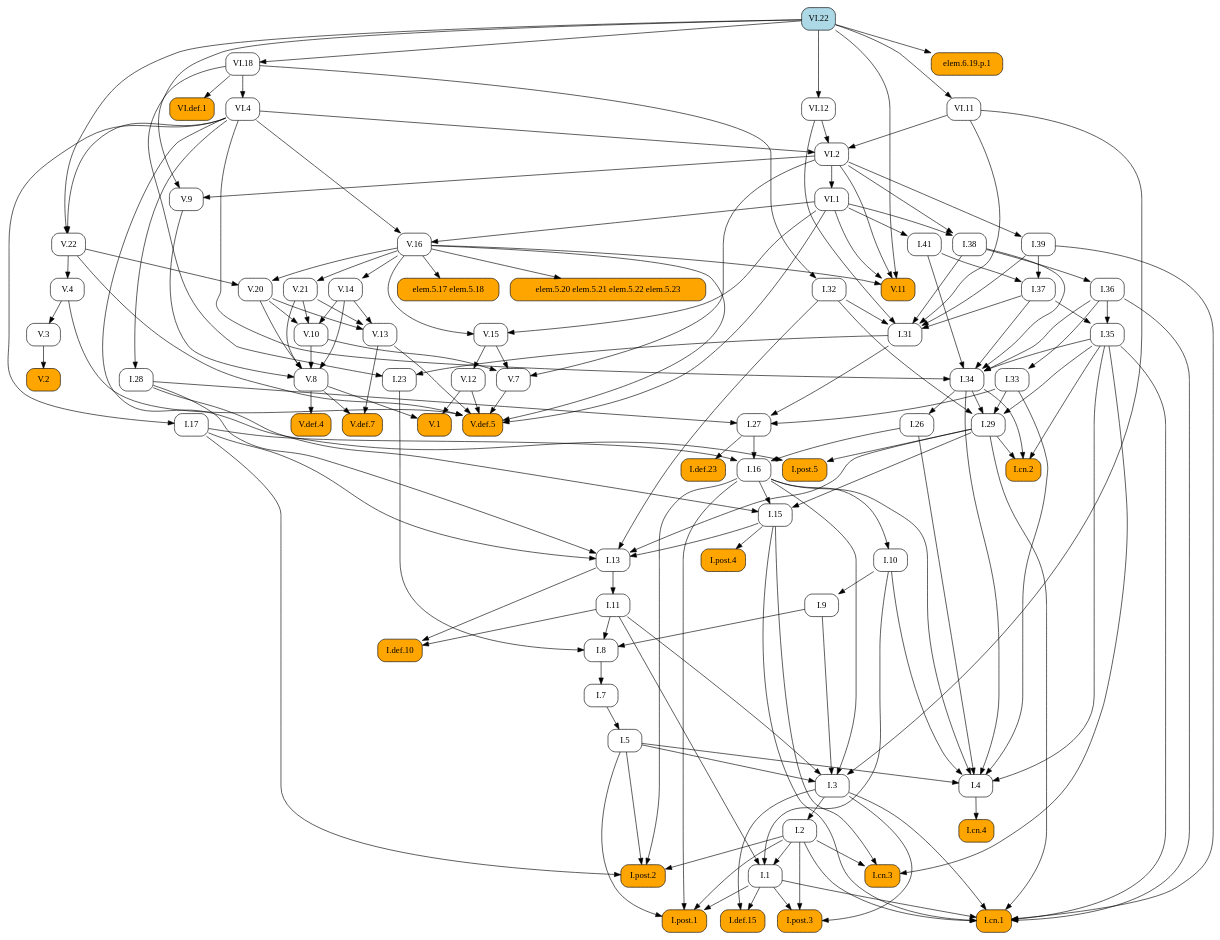
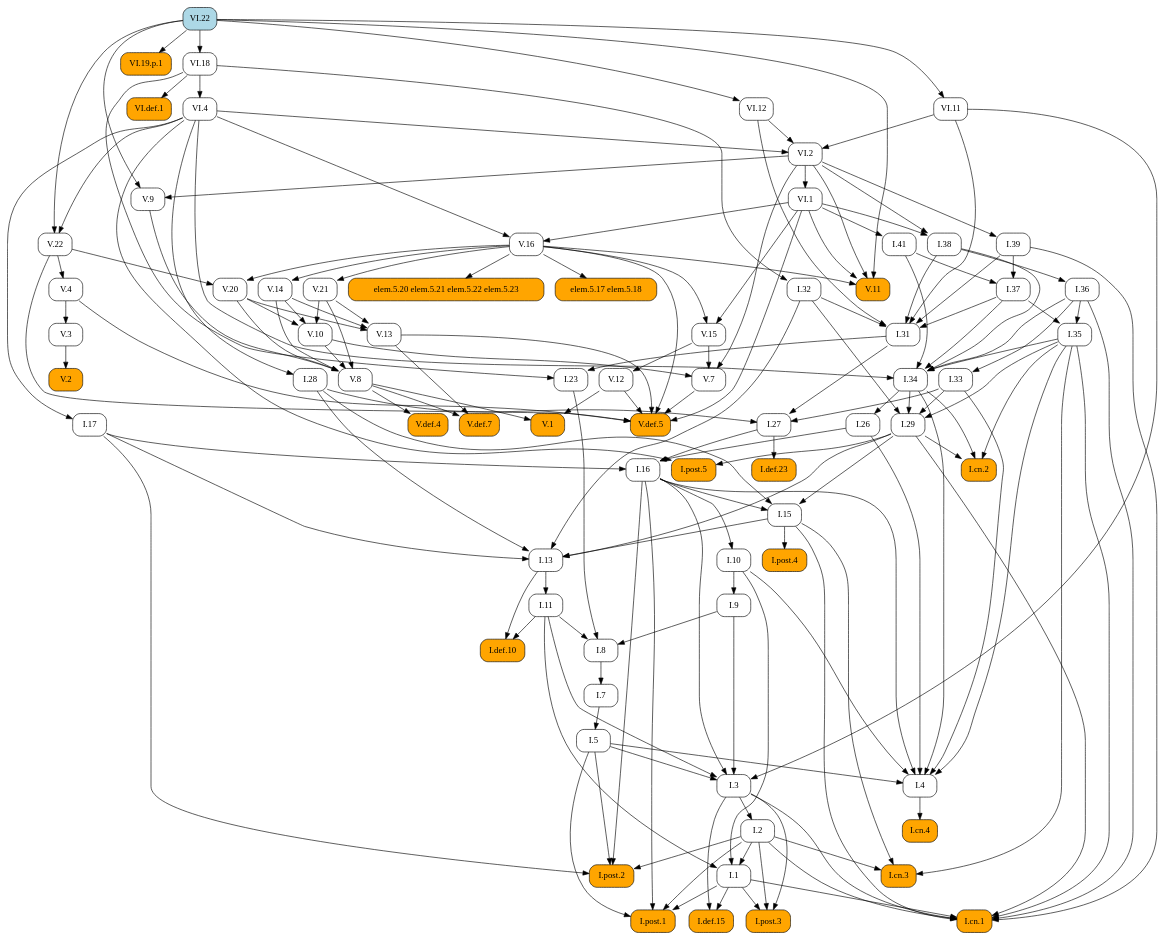
Before and after one commit to geometor/elements: the diagram in docsrc/heath/VI/22/index.rst, drawn with Graphviz. The commit also changed other lines of this file and 484 other files, not shown here.

```diff
--- a/docsrc/heath/VI/22/index.rst
+++ b/docsrc/heath/VI/22/index.rst
@@ -92,87 +92,179 @@
    digraph {
      rankdir="TB";
      node [shape=box, style=rounded];
+     "I.23" [URL="/heath/I/23/", target="_top"];
+     "I.9" [URL="/heath/I/9/", target="_top"];
+     "VI.def.1" [style="rounded,filled", fillcolor=orange, URL="/heath/VI/def.1/", target="_top"];
+     "V.13" [URL="/heath/V/13/", target="_top"];
+     "I.def.15" [style="rounded,filled", fillcolor=orange, URL="/heath/I/def.15/", target="_top"];
+     "V.7" [URL="/heath/V/7/", target="_top"];
+     "elem.5.17 elem.5.18" [style="rounded,filled", fillcolor=orange];
+     "I.post.1" [style="rounded,filled", fillcolor=orange, URL="/heath/I/post.1/", target="_top"];
+     "V.14" [URL="/heath/V/14/", target="_top"];
+     "V.9" [URL="/heath/V/9/", target="_top"];
+     "I.31" [URL="/heath/I/31/", target="_top"];
+     "V.10" [URL="/heath/V/10/", target="_top"];
      "I.def.10" [style="rounded,filled", fillcolor=orange, URL="/heath/I/def.10/", target="_top"];
+     "V.4" [URL="/heath/V/4/", target="_top"];
+     "VI.1" [URL="/heath/VI/1/", target="_top"];
+     "I.39" [URL="/heath/I/39/", target="_top"];
+     "V.11" [style="rounded,filled", fillcolor=orange, URL="/heath/V/11/", target="_top"];
+     "I.34" [URL="/heath/I/34/", target="_top"];
+     "I.3" [URL="/heath/I/3/", target="_top"];
+     "V.def.4" [style="rounded,filled", fillcolor=orange, URL="/heath/V/def.4/", target="_top"];
+     "V.def.7" [style="rounded,filled", fillcolor=orange, URL="/heath/V/def.7/", target="_top"];
+     "I.2" [URL="/heath/I/2/", target="_top"];
+     "V.21" [URL="/heath/V/21/", target="_top"];
+     "V.3" [URL="/heath/V/3/", target="_top"];
+     "I.13" [URL="/heath/I/13/", target="_top"];
+     "I.post.4" [style="rounded,filled", fillcolor=orange, URL="/heath/I/post.4/", target="_top"];
+     "I.4" [URL="/heath/I/4/", target="_top"];
+     "I.1" [URL="/heath/I/1/", target="_top"];
+     "I.8" [URL="/heath/I/8/", target="_top"];
+     "I.17" [URL="/heath/I/17/", target="_top"];
+     "VI.22" [style="rounded,filled", fillcolor=lightblue, URL="/heath/VI/22/", target="_top"];
+     "I.29" [URL="/heath/I/29/", target="_top"];
+     "V.8" [URL="/heath/V/8/", target="_top"];
+     "I.38" [URL="/heath/I/38/", target="_top"];
+     "I.15" [URL="/heath/I/15/", target="_top"];
+     "I.10" [URL="/heath/I/10/", target="_top"];
      "I.11" [URL="/heath/I/11/", target="_top"];
-     "I.post.4" [style="rounded,filled", fillcolor=orange, URL="/heath/I/post.4/", target="_top"];
-     "I.28" [URL="/heath/I/28/", target="_top"];
-     "I.1" [URL="/heath/I/1/", target="_top"];
-     "VI.18" [URL="/heath/VI/18/", target="_top"];
+     "I.def.23" [style="rounded,filled", fillcolor=orange, URL="/heath/I/def.23/", target="_top"];
+     "VI.4" [URL="/heath/VI/4/", target="_top"];
+     "I.26" [URL="/heath/I/26/", target="_top"];
+     "V.16" [URL="/heath/V/16/", target="_top"];
+     "I.33" [URL="/heath/I/33/", target="_top"];
+     "I.32" [URL="/heath/I/32/", target="_top"];
+     "I.post.3" [style="rounded,filled", fillcolor=orange, URL="/heath/I/post.3/", target="_top"];
      "V.def.5" [style="rounded,filled", fillcolor=orange, URL="/heath/V/def.5/", target="_top"];
-     "V.13" [URL="/heath/V/13/", target="_top"];
-     "V.11" [style="rounded,filled", fillcolor=orange, URL="/heath/V/11/", target="_top"];
-     "I.post.3" [style="rounded,filled", fillcolor=orange, URL="/heath/I/post.3/", target="_top"];
-     "VI.1" [URL="/heath/VI/1/", target="_top"];
-     "I.cn.3" [style="rounded,filled", fillcolor=orange, URL="/heath/I/cn.3/", target="_top"];
-     "V.16" [URL="/heath/V/16/", target="_top"];
-     "VI.11" [URL="/heath/VI/11/", target="_top"];
-     "VI.4" [URL="/heath/VI/4/", target="_top"];
-     "V.3" [URL="/heath/V/3/", target="_top"];
-     "V.8" [URL="/heath/V/8/", target="_top"];
+     "V.20" [URL="/heath/V/20/", target="_top"];
      "I.27" [URL="/heath/I/27/", target="_top"];
-     "I.36" [URL="/heath/I/36/", target="_top"];
-     "I.41" [URL="/heath/I/41/", target="_top"];
-     "I.37" [URL="/heath/I/37/", target="_top"];
-     "I.34" [URL="/heath/I/34/", target="_top"];
-     "I.2" [URL="/heath/I/2/", target="_top"];
-     "I.def.23" [style="rounded,filled", fillcolor=orange, URL="/heath/I/def.23/", target="_top"];
-     "I.17" [URL="/heath/I/17/", target="_top"];
-     "I.33" [URL="/heath/I/33/", target="_top"];
-     "I.post.2" [style="rounded,filled", fillcolor=orange, URL="/heath/I/post.2/", target="_top"];
-     "VI.def.1" [style="rounded,filled", fillcolor=orange, URL="/heath/VI/def.1/", target="_top"];
-     "elem.5.20 elem.5.21 elem.5.22 elem.5.23" [style="rounded,filled", fillcolor=orange];
-     "I.9" [URL="/heath/I/9/", target="_top"];
-     "VI.22" [style="rounded,filled", fillcolor=lightblue, URL="/heath/VI/22/", target="_top"];
-     "I.32" [URL="/heath/I/32/", target="_top"];
-     "V.def.4" [style="rounded,filled", fillcolor=orange, URL="/heath/V/def.4/", target="_top"];
-     "I.cn.4" [style="rounded,filled", fillcolor=orange, URL="/heath/I/cn.4/", target="_top"];
-     "I.15" [URL="/heath/I/15/", target="_top"];
-     "I.38" [URL="/heath/I/38/", target="_top"];
-     "V.def.7" [style="rounded,filled", fillcolor=orange, URL="/heath/V/def.7/", target="_top"];
-     "I.5" [URL="/heath/I/5/", target="_top"];
-     "V.21" [URL="/heath/V/21/", target="_top"];
-     "I.39" [URL="/heath/I/39/", target="_top"];
-     "VI.12" [URL="/heath/VI/12/", target="_top"];
-     "I.26" [URL="/heath/I/26/", target="_top"];
-     "V.14" [URL="/heath/V/14/", target="_top"];
-     "I.29" [URL="/heath/I/29/", target="_top"];
-     "V.22" [URL="/heath/V/22/", target="_top"];
      "V.12" [URL="/heath/V/12/", target="_top"];
-     "I.cn.2" [style="rounded,filled", fillcolor=orange, URL="/heath/I/cn.2/", target="_top"];
-     "V.10" [URL="/heath/V/10/", target="_top"];
-     "V.20" [URL="/heath/V/20/", target="_top"];
-     "VI.2" [URL="/heath/VI/2/", target="_top"];
-     "I.def.15" [style="rounded,filled", fillcolor=orange, URL="/heath/I/def.15/", target="_top"];
-     "V.15" [URL="/heath/V/15/", target="_top"];
+     "V.2" [style="rounded,filled", fillcolor=orange, URL="/heath/V/2/", target="_top"];
      "I.cn.1" [style="rounded,filled", fillcolor=orange, URL="/heath/I/cn.1/", target="_top"];
-     "V.7" [URL="/heath/V/7/", target="_top"];
-     "V.9" [URL="/heath/V/9/", target="_top"];
-     "I.23" [URL="/heath/I/23/", target="_top"];
-     "I.post.1" [style="rounded,filled", fillcolor=orange, URL="/heath/I/post.1/", target="_top"];
-     "elem.6.19.p.1" [style="rounded,filled", fillcolor=orange];
      "I.35" [URL="/heath/I/35/", target="_top"];
      "I.7" [URL="/heath/I/7/", target="_top"];
-     "I.3" [URL="/heath/I/3/", target="_top"];
-     "I.4" [URL="/heath/I/4/", target="_top"];
-     "I.13" [URL="/heath/I/13/", target="_top"];
-     "V.4" [URL="/heath/V/4/", target="_top"];
-     "I.31" [URL="/heath/I/31/", target="_top"];
+     "I.36" [URL="/heath/I/36/", target="_top"];
+     "I.5" [URL="/heath/I/5/", target="_top"];
+     "I.37" [URL="/heath/I/37/", target="_top"];
+     "VI.19.p.1" [style="rounded,filled", fillcolor=orange];
+     "I.cn.3" [style="rounded,filled", fillcolor=orange, URL="/heath/I/cn.3/", target="_top"];
+     "I.16" [URL="/heath/I/16/", target="_top"];
+     "VI.18" [URL="/heath/VI/18/", target="_top"];
+     "V.22" [URL="/heath/V/22/", target="_top"];
      "V.1" [style="rounded,filled", fillcolor=orange, URL="/heath/V/1/", target="_top"];
-     "I.16" [URL="/heath/I/16/", target="_top"];
-     "elem.5.17 elem.5.18" [style="rounded,filled", fillcolor=orange];
-     "I.8" [URL="/heath/I/8/", target="_top"];
-     "V.2" [style="rounded,filled", fillcolor=orange, URL="/heath/V/2/", target="_top"];
+     "VI.12" [URL="/heath/VI/12/", target="_top"];
+     "I.cn.2" [style="rounded,filled", fillcolor=orange, URL="/heath/I/cn.2/", target="_top"];
      "I.post.5" [style="rounded,filled", fillcolor=orange, URL="/heath/I/post.5/", target="_top"];
-     "I.10" [URL="/heath/I/10/", target="_top"];
+     "VI.2" [URL="/heath/VI/2/", target="_top"];
+     "I.28" [URL="/heath/I/28/", target="_top"];
+     "I.cn.4" [style="rounded,filled", fillcolor=orange, URL="/heath/I/cn.4/", target="_top"];
+     "I.post.2" [style="rounded,filled", fillcolor=orange, URL="/heath/I/post.2/", target="_top"];
+     "I.41" [URL="/heath/I/41/", target="_top"];
+     "V.15" [URL="/heath/V/15/", target="_top"];
+     "VI.11" [URL="/heath/VI/11/", target="_top"];
+     "elem.5.20 elem.5.21 elem.5.22 elem.5.23" [style="rounded,filled", fillcolor=orange];
+     "I.31" -> "I.23";
+     "VI.18" -> "I.23";
+     "I.10" -> "I.9";
+     "VI.18" -> "VI.def.1";
+     "V.14" -> "V.13";
+     "V.20" -> "V.13";
+     "V.21" -> "V.13";
+     "I.1" -> "I.def.15";
+     "I.3" -> "I.def.15";
+     "V.10" -> "V.7";
+     "V.15" -> "V.7";
+     "VI.2" -> "V.7";
+     "V.16" -> "elem.5.17 elem.5.18";
+     "I.1" -> "I.post.1";
+     "I.2" -> "I.post.1";
+     "I.5" -> "I.post.1";
+     "I.16" -> "I.post.1";
+     "V.16" -> "V.14";
+     "VI.2" -> "V.9";
+     "VI.22" -> "V.9";
+     "I.32" -> "I.31";
+     "I.37" -> "I.31";
+     "I.38" -> "I.31";
+     "I.39" -> "I.31";
+     "VI.11" -> "I.31";
+     "VI.12" -> "I.31";
+     "V.14" -> "V.10";
+     "V.20" -> "V.10";
+     "V.21" -> "V.10";
      "I.11" -> "I.def.10";
      "I.13" -> "I.def.10";
-     "I.13" -> "I.11";
+     "V.22" -> "V.4";
+     "VI.2" -> "VI.1";
+     "VI.2" -> "I.39";
+     "V.16" -> "V.11";
+     "VI.1" -> "V.11";
+     "VI.2" -> "V.11";
+     "VI.22" -> "V.11";
+     "I.35" -> "I.34";
+     "I.36" -> "I.34";
+     "I.37" -> "I.34";
+     "I.38" -> "I.34";
+     "I.41" -> "I.34";
+     "VI.4" -> "I.34";
+     "I.5" -> "I.3";
+     "I.9" -> "I.3";
+     "I.11" -> "I.3";
+     "I.16" -> "I.3";
+     "VI.11" -> "I.3";
+     "V.8" -> "V.def.4";
+     "V.8" -> "V.def.7";
+     "V.13" -> "V.def.7";
+     "I.3" -> "I.2";
+     "V.16" -> "V.21";
+     "V.4" -> "V.3";
+     "I.15" -> "I.13";
+     "I.17" -> "I.13";
+     "I.28" -> "I.13";
+     "I.29" -> "I.13";
+     "I.32" -> "I.13";
      "I.15" -> "I.post.4";
-     "VI.4" -> "I.28";
+     "I.5" -> "I.4";
+     "I.10" -> "I.4";
+     "I.16" -> "I.4";
+     "I.26" -> "I.4";
+     "I.33" -> "I.4";
+     "I.34" -> "I.4";
+     "I.35" -> "I.4";
      "I.2" -> "I.1";
      "I.10" -> "I.1";
      "I.11" -> "I.1";
-     "VI.22" -> "VI.18";
+     "I.9" -> "I.8";
+     "I.11" -> "I.8";
+     "I.23" -> "I.8";
+     "VI.4" -> "I.17";
+     "I.32" -> "I.29";
+     "I.33" -> "I.29";
+     "I.34" -> "I.29";
+     "I.35" -> "I.29";
+     "V.9" -> "V.8";
+     "V.10" -> "V.8";
+     "V.14" -> "V.8";
+     "V.20" -> "V.8";
+     "V.21" -> "V.8";
+     "VI.1" -> "I.38";
+     "VI.2" -> "I.38";
+     "I.16" -> "I.15";
+     "I.28" -> "I.15";
+     "I.29" -> "I.15";
+     "I.16" -> "I.10";
+     "I.13" -> "I.11";
+     "I.27" -> "I.def.23";
+     "VI.18" -> "VI.4";
+     "I.34" -> "I.26";
+     "VI.1" -> "V.16";
+     "VI.4" -> "V.16";
+     "I.36" -> "I.33";
+     "VI.18" -> "I.32";
+     "I.1" -> "I.post.3";
+     "I.2" -> "I.post.3";
+     "I.3" -> "I.post.3";
      "V.4" -> "V.def.5";
      "V.7" -> "V.def.5";
      "V.12" -> "V.def.5";
@@ -180,92 +272,13 @@
      "V.16" -> "V.def.5";
      "V.22" -> "V.def.5";
      "VI.1" -> "V.def.5";
-     "V.14" -> "V.13";
-     "V.20" -> "V.13";
-     "V.21" -> "V.13";
-     "V.16" -> "V.11";
-     "VI.1" -> "V.11";
-     "VI.2" -> "V.11";
-     "VI.22" -> "V.11";
-     "I.1" -> "I.post.3";
-     "I.2" -> "I.post.3";
-     "I.3" -> "I.post.3";
-     "VI.2" -> "VI.1";
-     "I.2" -> "I.cn.3";
-     "I.15" -> "I.cn.3";
-     "I.35" -> "I.cn.3";
-     "VI.1" -> "V.16";
-     "VI.4" -> "V.16";
-     "VI.22" -> "VI.11";
-     "VI.18" -> "VI.4";
-     "V.4" -> "V.3";
-     "V.9" -> "V.8";
-     "V.10" -> "V.8";
-     "V.14" -> "V.8";
-     "V.20" -> "V.8";
-     "V.21" -> "V.8";
+     "V.16" -> "V.20";
+     "V.22" -> "V.20";
      "I.28" -> "I.27";
      "I.31" -> "I.27";
      "I.33" -> "I.27";
-     "I.38" -> "I.36";
-     "VI.1" -> "I.41";
-     "I.39" -> "I.37";
-     "I.41" -> "I.37";
-     "I.35" -> "I.34";
-     "I.36" -> "I.34";
-     "I.37" -> "I.34";
-     "I.38" -> "I.34";
-     "I.41" -> "I.34";
-     "VI.4" -> "I.34";
-     "I.3" -> "I.2";
-     "I.27" -> "I.def.23";
-     "VI.4" -> "I.17";
-     "I.36" -> "I.33";
-     "I.2" -> "I.post.2";
-     "I.5" -> "I.post.2";
-     "I.16" -> "I.post.2";
-     "I.17" -> "I.post.2";
-     "VI.18" -> "VI.def.1";
-     "V.16" -> "elem.5.20 elem.5.21 elem.5.22 elem.5.23";
-     "I.10" -> "I.9";
-     "VI.18" -> "I.32";
-     "V.8" -> "V.def.4";
-     "I.4" -> "I.cn.4";
-     "I.16" -> "I.15";
-     "I.28" -> "I.15";
-     "I.29" -> "I.15";
-     "VI.1" -> "I.38";
-     "VI.2" -> "I.38";
-     "V.8" -> "V.def.7";
-     "V.13" -> "V.def.7";
-     "I.7" -> "I.5";
-     "V.16" -> "V.21";
-     "VI.2" -> "I.39";
-     "VI.22" -> "VI.12";
-     "I.34" -> "I.26";
-     "V.16" -> "V.14";
-     "I.32" -> "I.29";
-     "I.33" -> "I.29";
-     "I.34" -> "I.29";
-     "I.35" -> "I.29";
-     "VI.4" -> "V.22";
-     "VI.22" -> "V.22";
      "V.15" -> "V.12";
-     "I.29" -> "I.cn.2";
-     "I.34" -> "I.cn.2";
-     "I.35" -> "I.cn.2";
-     "V.14" -> "V.10";
-     "V.20" -> "V.10";
-     "V.21" -> "V.10";
-     "V.16" -> "V.20";
-     "V.22" -> "V.20";
-     "VI.4" -> "VI.2";
-     "VI.11" -> "VI.2";
-     "VI.12" -> "VI.2";
-     "I.1" -> "I.def.15";
-     "I.3" -> "I.def.15";
-     "V.16" -> "V.15";
-     "VI.1" -> "V.15";
+     "V.3" -> "V.2";
      "I.1" -> "I.cn.1";
      "I.2" -> "I.cn.1";
      "I.3" -> "I.cn.1";
@@ -274,56 +287,43 @@
      "I.35" -> "I.cn.1";
      "I.36" -> "I.cn.1";
      "I.39" -> "I.cn.1";
-     "V.10" -> "V.7";
-     "V.15" -> "V.7";
-     "VI.2" -> "V.7";
-     "VI.2" -> "V.9";
-     "VI.22" -> "V.9";
-     "I.31" -> "I.23";
-     "VI.18" -> "I.23";
-     "I.1" -> "I.post.1";
-     "I.2" -> "I.post.1";
-     "I.5" -> "I.post.1";
-     "I.16" -> "I.post.1";
-     "VI.22" -> "elem.6.19.p.1";
      "I.36" -> "I.35";
      "I.37" -> "I.35";
      "I.8" -> "I.7";
-     "I.5" -> "I.3";
-     "I.9" -> "I.3";
-     "I.11" -> "I.3";
-     "I.16" -> "I.3";
-     "VI.11" -> "I.3";
-     "I.5" -> "I.4";
-     "I.10" -> "I.4";
-     "I.16" -> "I.4";
-     "I.26" -> "I.4";
-     "I.33" -> "I.4";
-     "I.34" -> "I.4";
-     "I.35" -> "I.4";
-     "I.15" -> "I.13";
-     "I.17" -> "I.13";
-     "I.28" -> "I.13";
-     "I.29" -> "I.13";
-     "I.32" -> "I.13";
-     "V.22" -> "V.4";
-     "I.32" -> "I.31";
-     "I.37" -> "I.31";
-     "I.38" -> "I.31";
-     "I.39" -> "I.31";
-     "VI.11" -> "I.31";
-     "VI.12" -> "I.31";
-     "V.8" -> "V.1";
-     "V.12" -> "V.1";
+     "I.38" -> "I.36";
+     "I.7" -> "I.5";
+     "I.39" -> "I.37";
+     "I.41" -> "I.37";
+     "VI.22" -> "VI.19.p.1";
+     "I.2" -> "I.cn.3";
+     "I.15" -> "I.cn.3";
+     "I.35" -> "I.cn.3";
      "I.17" -> "I.16";
      "I.26" -> "I.16";
      "I.27" -> "I.16";
-     "V.16" -> "elem.5.17 elem.5.18";
-     "I.9" -> "I.8";
-     "I.11" -> "I.8";
-     "I.23" -> "I.8";
-     "V.3" -> "V.2";
+     "VI.22" -> "VI.18";
+     "VI.4" -> "V.22";
+     "VI.22" -> "V.22";
+     "V.8" -> "V.1";
+     "V.12" -> "V.1";
+     "VI.22" -> "VI.12";
+     "I.29" -> "I.cn.2";
+     "I.34" -> "I.cn.2";
+     "I.35" -> "I.cn.2";
      "I.29" -> "I.post.5";
      "VI.4" -> "I.post.5";
-     "I.16" -> "I.10";
+     "VI.4" -> "VI.2";
+     "VI.11" -> "VI.2";
+     "VI.12" -> "VI.2";
+     "VI.4" -> "I.28";
+     "I.4" -> "I.cn.4";
+     "I.2" -> "I.post.2";
+     "I.5" -> "I.post.2";
+     "I.16" -> "I.post.2";
+     "I.17" -> "I.post.2";
+     "VI.1" -> "I.41";
+     "V.16" -> "V.15";
+     "VI.1" -> "V.15";
+     "VI.22" -> "VI.11";
+     "V.16" -> "elem.5.20 elem.5.21 elem.5.22 elem.5.23";
    }
```
